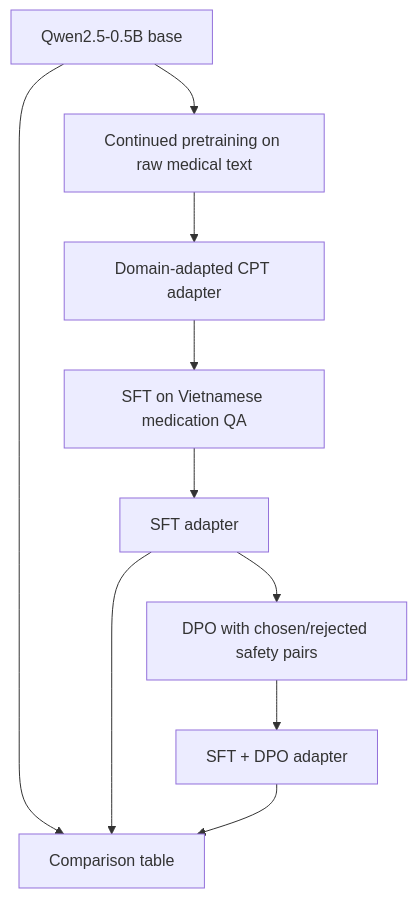
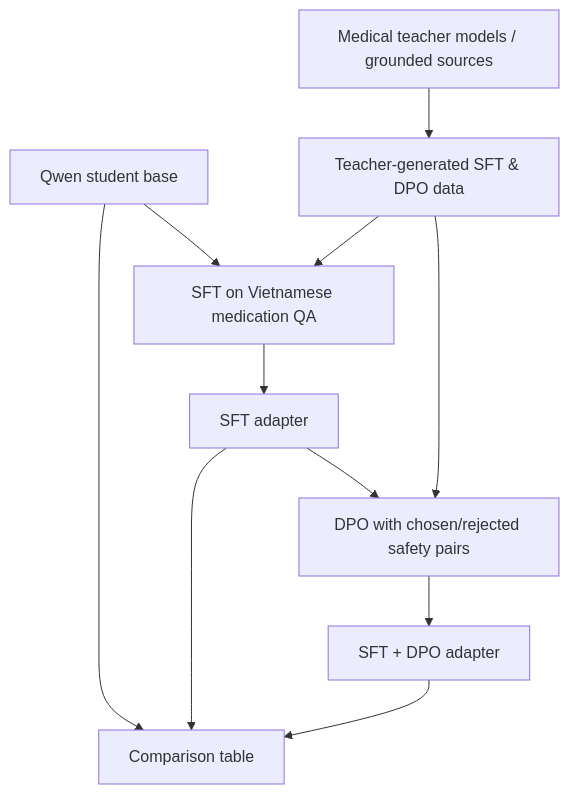
One commit to QuangVoAI/medical-llm-medication-safety-vi changed the third of 3 diagrams in docs/PIPELINE.md. Above: the diagram before and after it, drawn with Mermaid. The commit also changed other lines of this file and 37 other files, not shown here.

````diff
--- a/docs/PIPELINE.md
+++ b/docs/PIPELINE.md
@@ -45,12 +45,13 @@
 ```mermaid
 flowchart TD
-    A["Qwen2.5-0.5B base"] --> B["Continued pretraining on raw medical text"]
-    B --> C["Domain-adapted CPT adapter"]
-    C --> D["SFT on Vietnamese medication QA"]
+    A["Medical teacher models / grounded sources"] --> B["Teacher-generated SFT & DPO data"]
+    C["Qwen student base"] --> D["SFT on Vietnamese medication QA"]
+    B --> D
     D --> E["SFT adapter"]
     E --> F["DPO with chosen/rejected safety pairs"]
+    B --> F
     F --> G["SFT + DPO adapter"]
-    A --> H["Comparison table"]
+    C --> H["Comparison table"]
     E --> H
     G --> H
 ```
````
